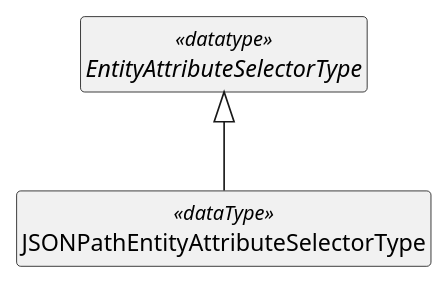
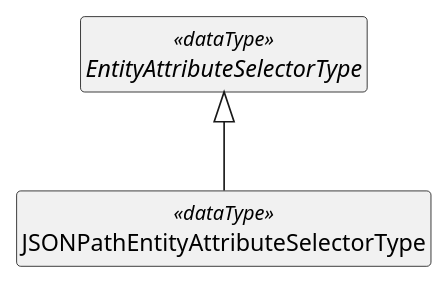
Before and after one commit to oasis-tcs/acal-spec: the second of 2 diagrams in acal-jsonpath-v1.0.md, drawn with PlantUML. The commit also changed other lines of this file and 10 other files, not shown here.

````diff
--- a/acal-jsonpath-v1.0.md
+++ b/acal-jsonpath-v1.0.md
@@ -238,8 +238,8 @@
 ```plantuml
 @startuml
 hide empty members 
 hide circle
-abstract class EntityAttributeSelectorType <<datatype>>
+abstract class EntityAttributeSelectorType <<dataType>>
 class JSONPathEntityAttributeSelectorType <<dataType>> extends EntityAttributeSelectorType
 @enduml
 ```
````
